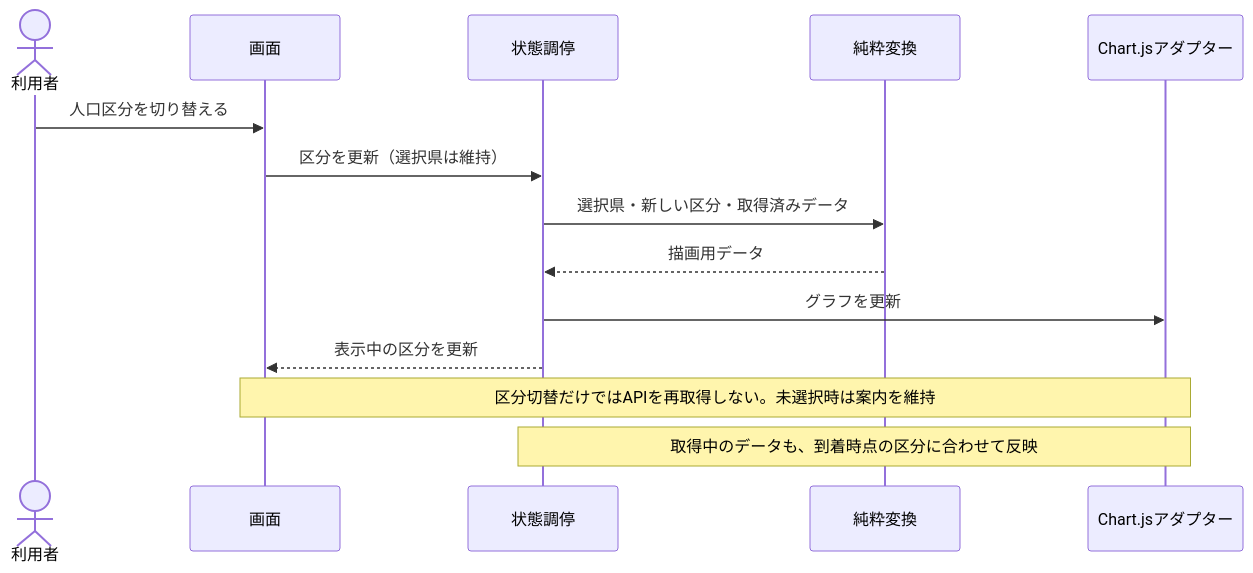
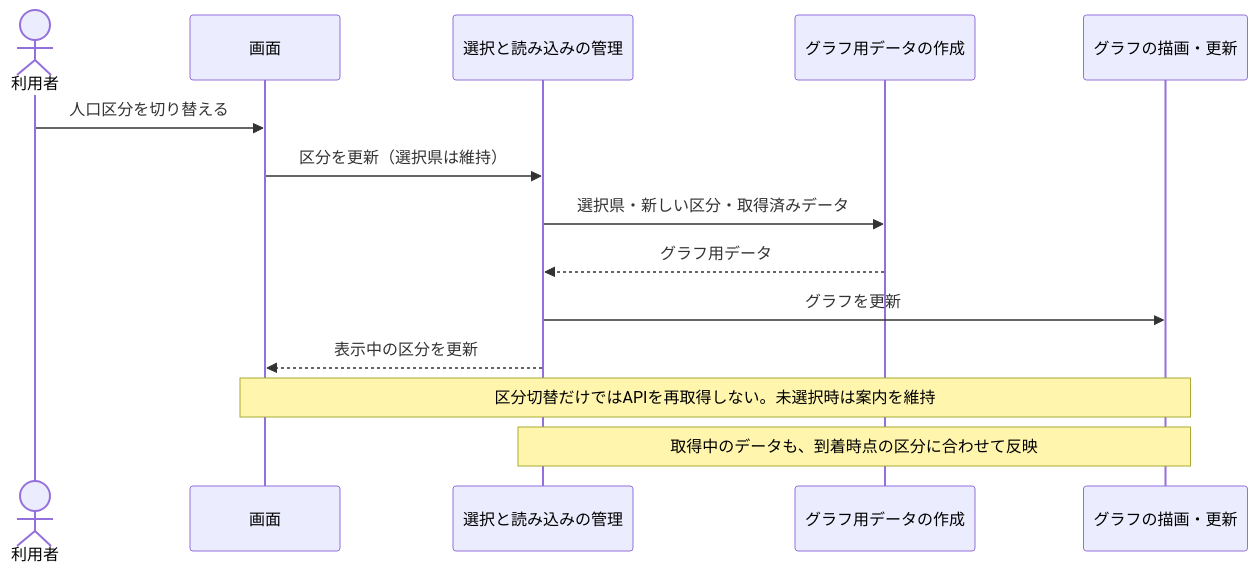
One commit to t2421/frontend-engineer-codecheck changed the fourth of 5 diagrams in docs/DESIGN.md. Above: the diagram before and after it, drawn with Mermaid. The commit also changed other lines of this file, not shown here.

````diff
--- a/docs/DESIGN.md
+++ b/docs/DESIGN.md
@@ -100,16 +112,16 @@
 ```mermaid
 sequenceDiagram
   actor User as 利用者
   participant UI as 画面
-  participant State as 状態調停
-  participant Transform as 純粋変換
-  participant Chart as Chart.jsアダプター
+  participant State as 選択と読み込みの管理
+  participant Transform as グラフ用データの作成
+  participant Chart as グラフの描画・更新
   User->>UI: 人口区分を切り替える
   UI->>State: 区分を更新（選択県は維持）
   State->>Transform: 選択県・新しい区分・取得済みデータ
-  Transform-->>State: 描画用データ
+  Transform-->>State: グラフ用データ
   State->>Chart: グラフを更新
   State-->>UI: 表示中の区分を更新
   Note over UI,Chart: 区分切替だけではAPIを再取得しない。未選択時は案内を維持
   Note over State,Chart: 取得中のデータも、到着時点の区分に合わせて反映
 ```
````
